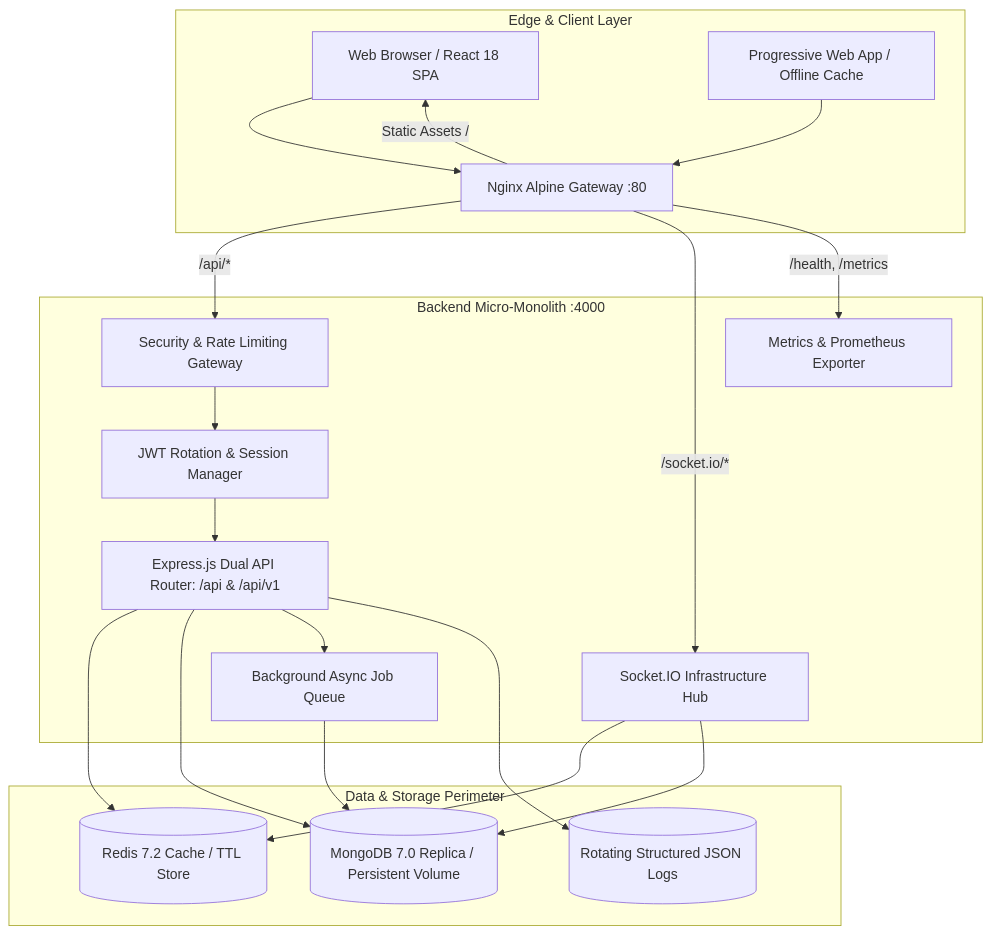
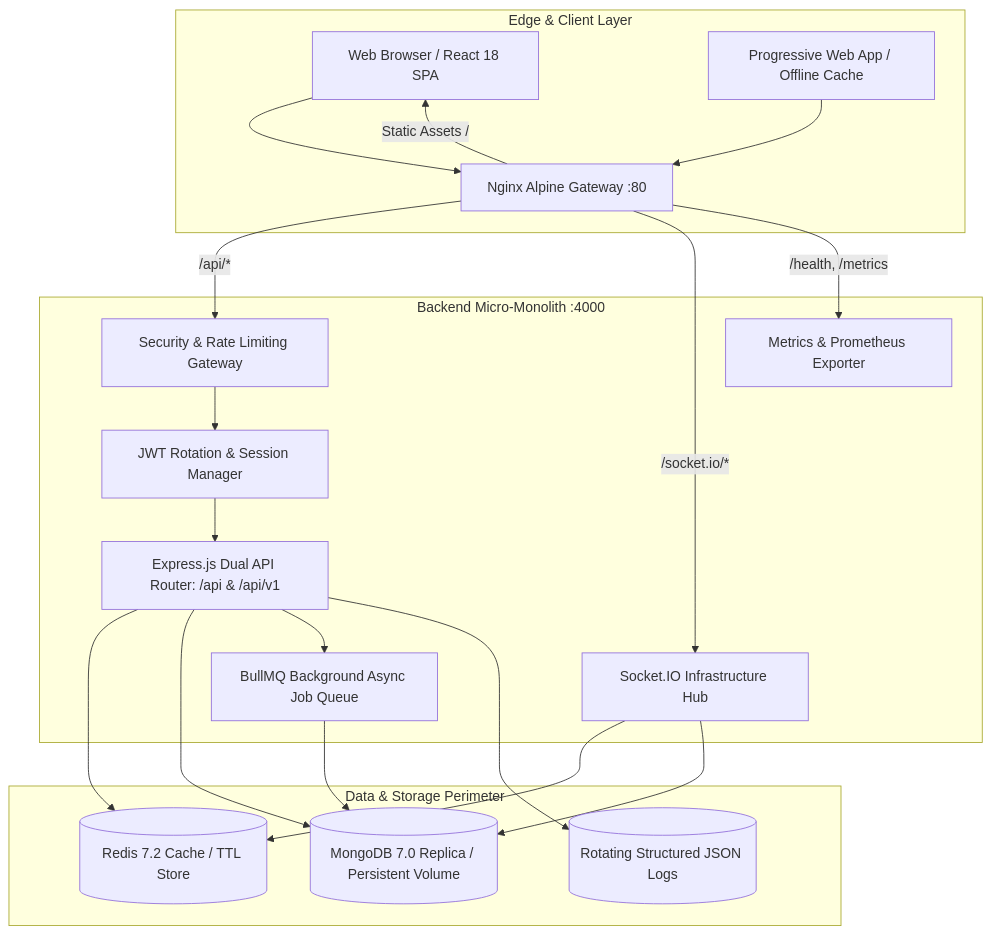
One commit to Ashmita1206/HealthSphere changed the second of 3 diagrams in docs/ARCHITECTURE.md. Above: the diagram before and after it, drawn with Mermaid. The commit also changed other lines of this file and 1 other file, not shown here.

Commit message:
docs(architecture): update deployment architecture and environment validator compliance

````diff
--- a/docs/ARCHITECTURE.md
+++ b/docs/ARCHITECTURE.md
@@ -37,40 +37,40 @@
 ```mermaid
 graph TD
   subgraph Client_Perimeter [Edge & Client Layer]
     WebBrowser[Web Browser / React 18 SPA]
     MobilePWA[Progressive Web App / Offline Cache]
     NginxProxy[Nginx Alpine Gateway :80]
   end
 
   subgraph App_Cluster [Backend Micro-Monolith :4000]
     SecurityGateway[Security & Rate Limiting Gateway]
     AuthEngine[JWT Rotation & Session Manager]
     RestAPI[Express.js Dual API Router: /api & /api/v1]
     RealtimeHub[Socket.IO Infrastructure Hub]
-    WorkerQueue[Background Async Job Queue]
+    WorkerQueue[BullMQ Background Async Job Queue]
     PrometheusRegistry[Metrics & Prometheus Exporter]
   end
 
   subgraph State_Storage [Data & Storage Perimeter]
     MongoCluster[(MongoDB 7.0 Replica / Persistent Volume)]
     RedisCache[(Redis 7.2 Cache / TTL Store)]
     DiskLogs[(Rotating Structured JSON Logs)]
   end
 
   WebBrowser --> NginxProxy
   MobilePWA --> NginxProxy
   NginxProxy -->|/api/*| SecurityGateway
   NginxProxy -->|/socket.io/*| RealtimeHub
   NginxProxy -->|/health, /metrics| PrometheusRegistry
   NginxProxy -->|Static Assets /| WebBrowser
 
   SecurityGateway --> AuthEngine
   AuthEngine --> RestAPI
   RestAPI --> RedisCache
   RestAPI --> MongoCluster
   RestAPI --> WorkerQueue
   RealtimeHub --> RedisCache
   RealtimeHub --> MongoCluster
   WorkerQueue --> MongoCluster
   RestAPI --> DiskLogs
 ```
````
